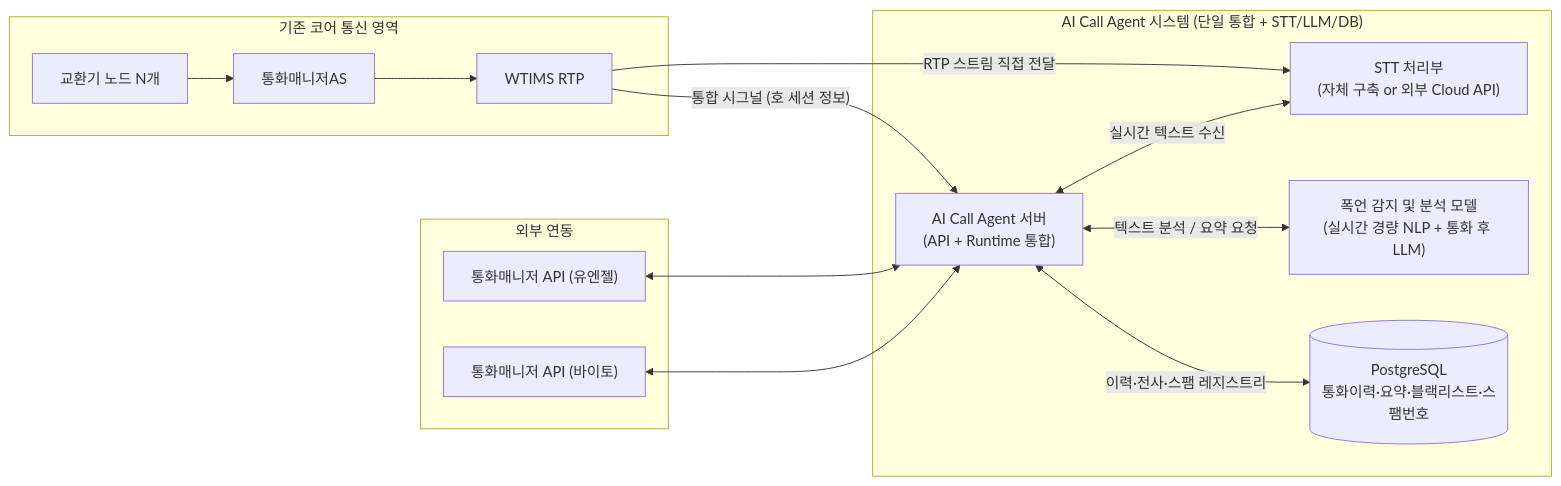
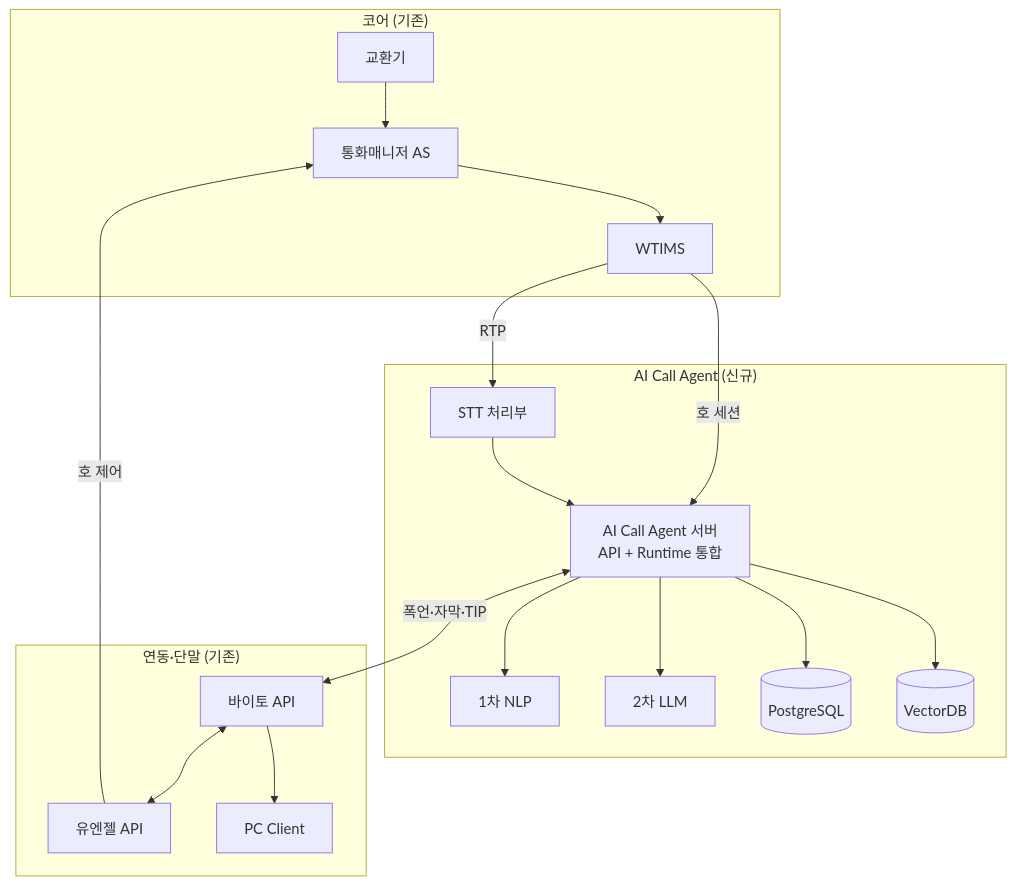
Before and after one commit to hak023/agentic_ai_callbot: the second of 2 diagrams in docs/architecture/minimal-stt-profanity-architecture.md, drawn with Mermaid. The commit also changed other lines of this file, not shown here.

Commit message:
docs: 폭언 감지 중심 STT 아키텍처 문서 갱신

````diff
--- a/docs/architecture/minimal-stt-profanity-architecture.md
+++ b/docs/architecture/minimal-stt-profanity-architecture.md
@@ -81,28 +97,34 @@
 ```mermaid
-flowchart LR
-    subgraph CORE["기존 코어 통신 영역"]
-        EX["교환기 노드 N개"] --> CM["통화매니저AS"] --> WT["WTIMS RTP"]
-    end
-    
-    subgraph ACA["AI Call Agent 시스템 (단일 통합 + STT/LLM/DB)"]
-        API_AIR["AI Call Agent 서버<br/>(API + Runtime 통합)"]
-        STT["STT 처리부<br/>(자체 구축 or 외부 Cloud API)"]
-        NLP_LLM["폭언 감지 및 분석 모델<br/>(실시간 경량 NLP + 통화 후 LLM)"]
-        DB[("PostgreSQL<br/>통화이력·요약·블랙리스트·스팸번호")]
-    end
-    
-    subgraph EXT["외부 연동"]
-        UAPI["통화매니저 API (유엔젤)"]
-        BAPI["통화매니저 API (바이토)"]
+flowchart TB
+    subgraph CORE["코어 (기존)"]
+        EX[교환기] --> CM[통화매니저 AS]
+        CM --> WT[WTIMS]
     end
 
-    %% 연결 관계
-    WT -->|RTP 스트림 직접 전달| STT
-    WT -->|"통합 시그널 (호 세션 정보)"| API_AIR
-    API_AIR <-->|실시간 텍스트 수신| STT
-    API_AIR <-->|텍스트 분석 / 요약 요청| NLP_LLM
-    API_AIR <-->|이력·전사·스팸 레지스트리| DB
-    
-    UAPI <--> API_AIR
-    BAPI <--> API_AIR
+    subgraph AI["AI Call Agent (신규)"]
+        AIR[AI Call Agent 서버<br/>API + Runtime 통합]
+        STT[STT 처리부]
+        NLP[1차 NLP]
+        LLM[2차 LLM]
+        DB[(PostgreSQL)]
+        VDB[(VectorDB)]
+    end
+
+    subgraph EXT["연동·단말 (기존)"]
+        B[바이토 API]
+        U[유엔젤 API]
+        PC[PC Client]
+    end
+
+    WT -->|RTP| STT
+    WT -->|호 세션| AIR
+    STT --> AIR
+    AIR --> NLP
+    AIR --> LLM
+    AIR --> DB
+    AIR --> VDB
+    AIR <-->|폭언·자막·TIP| B
+    B <--> U
+    U -->|호 제어| CM
+    B --> PC
 ```
````
